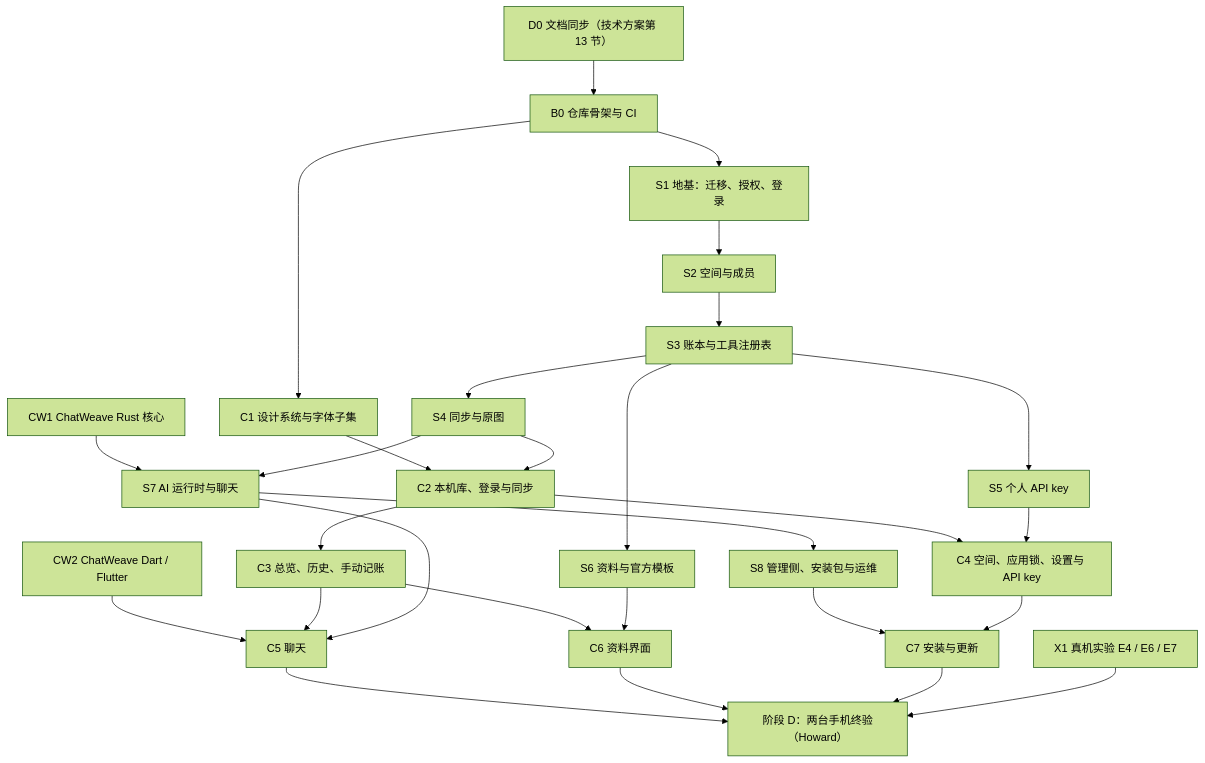
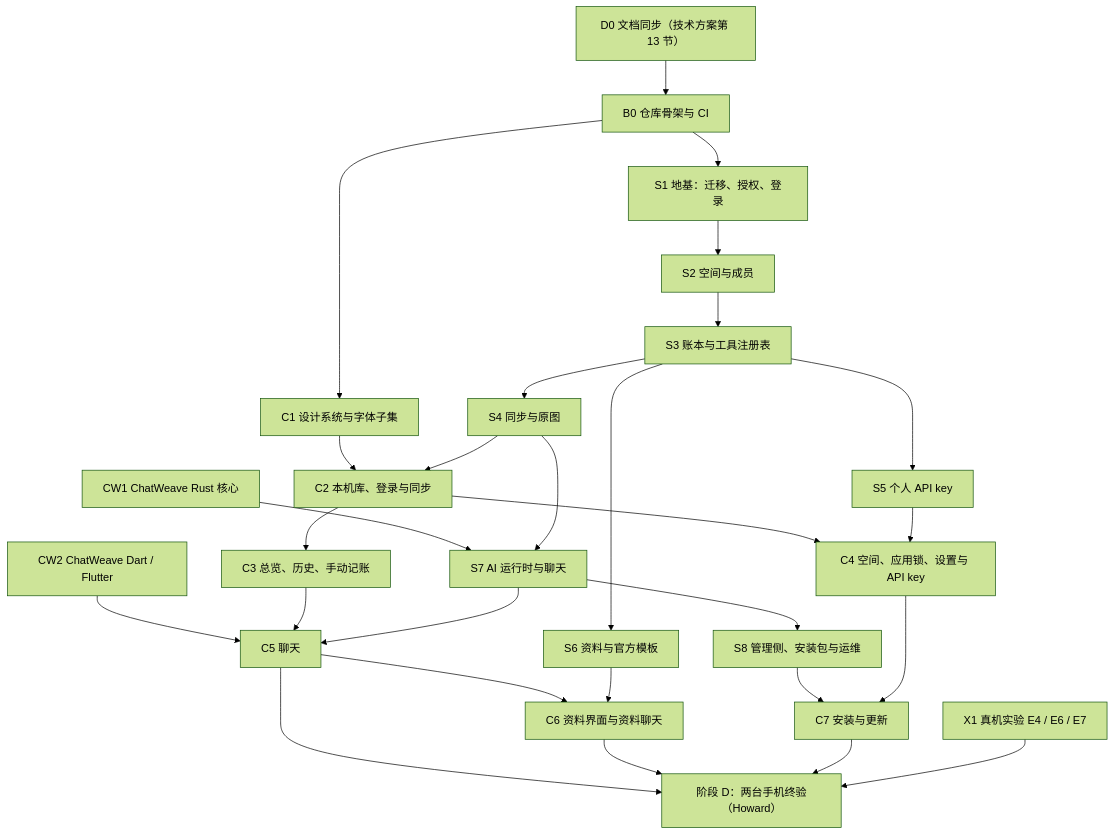
The diagram in docs/engineering/implementation-plan.md (zz-howard/jiabu), drawn with Mermaid (forest theme) before and after one commit. The commit also changed other lines of this file, not shown here.

````diff
--- a/docs/engineering/implementation-plan.md
+++ b/docs/engineering/implementation-plan.md
@@ -16,30 +16,30 @@
 ```mermaid
 flowchart TD
   D0["D0 文档同步（技术方案第 13 节）"] --> B0
   B0["B0 仓库骨架与 CI"] --> S1
   B0 --> C1
   CW1["CW1 ChatWeave Rust 核心"] --> S7
   CW2["CW2 ChatWeave Dart / Flutter"] --> C5
   S1["S1 地基：迁移、授权、登录"] --> S2["S2 空间与成员"]
   S2 --> S3["S3 账本与工具注册表"]
   S3 --> S4["S4 同步与原图"]
   S3 --> S5["S5 个人 API key"]
   S3 --> S6["S6 资料与官方模板"]
   S4 --> S7["S7 AI 运行时与聊天"]
   S7 --> S8["S8 管理侧、安装包与运维"]
   C1["C1 设计系统与字体子集"] --> C2["C2 本机库、登录与同步"]
   S4 --> C2
   C2 --> C3["C3 总览、历史、手动记账"]
   C2 --> C4["C4 空间、应用锁、设置与 API key"]
   S5 --> C4
   C3 --> C5["C5 聊天"]
   S7 --> C5
-  C3 --> C6["C6 资料界面"]
+  C5 --> C6["C6 资料界面与资料聊天"]
   S6 --> C6
   S8 --> C7["C7 安装与更新"]
   C4 --> C7
   C5 --> DD["阶段 D：两台手机终验（Howard）"]
   C6 --> DD
   C7 --> DD
   X1["X1 真机实验 E4 / E6 / E7"] --> DD
 ```
````
